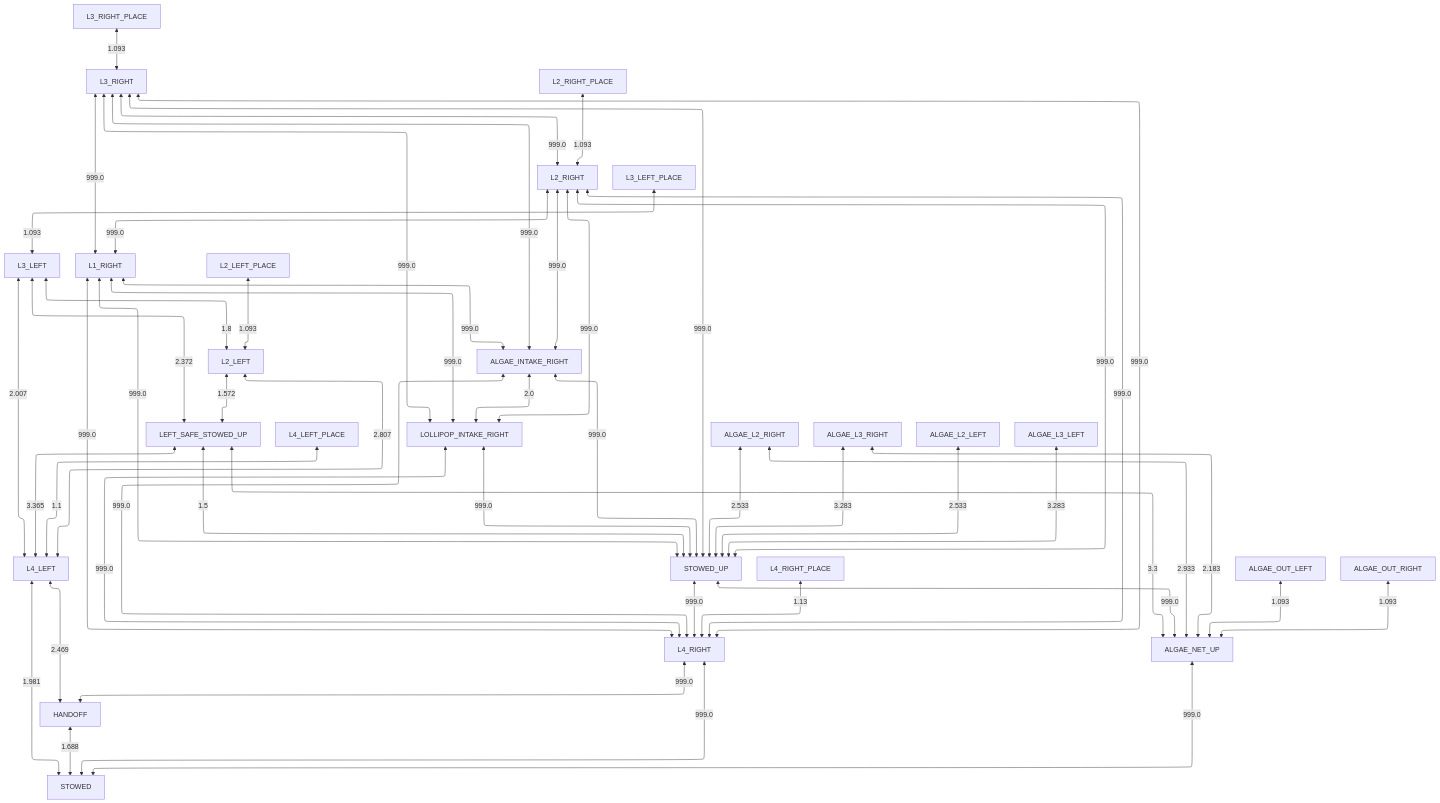
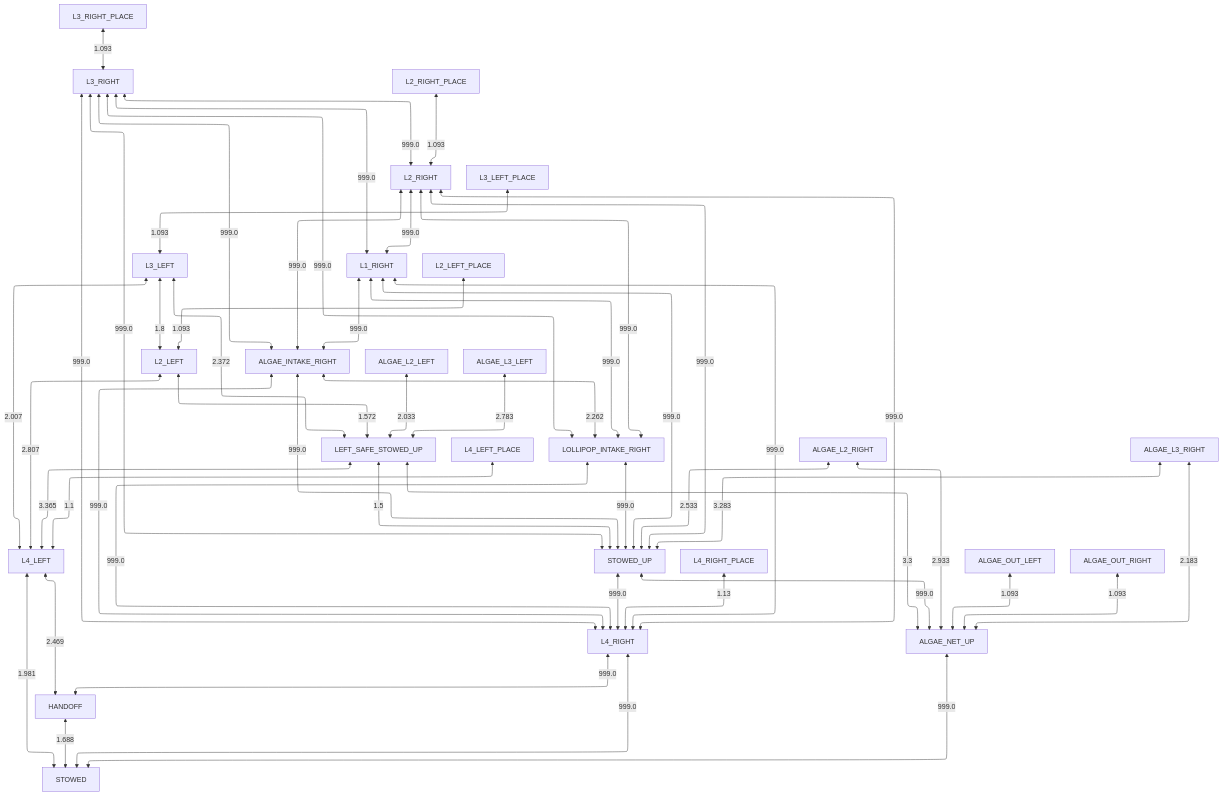
Before and after one commit to team581/offseason-2025-comp: the diagram in docs/collision_avoidance/right_obstructed.md, drawn with Mermaid. The commit also changed 2 other files, not shown here.

Commit message:
[autofix.ci] apply automated fixes

````diff
--- a/docs/collision_avoidance/right_obstructed.md
+++ b/docs/collision_avoidance/right_obstructed.md
@@ -3,55 +3,55 @@
 ```mermaid
 %%{ init: { "flowchart": { "defaultRenderer": "elk" } } }%%
 graph TD
 
 HANDOFF <-- 1.688 --> STOWED
 L4_LEFT <-- 1.981 --> STOWED
 L4_RIGHT <-- 999.0 --> STOWED
 ALGAE_NET_UP <-- 999.0 --> STOWED
 L4_LEFT <-- 2.469 --> HANDOFF
 L4_RIGHT <-- 999.0 --> HANDOFF
 LEFT_SAFE_STOWED_UP <-- 3.365 --> L4_LEFT
 L2_LEFT <-- 2.807 --> L4_LEFT
 L3_LEFT <-- 2.007 --> L4_LEFT
 L4_LEFT_PLACE <-- 1.1 --> L4_LEFT
 STOWED_UP <-- 999.0 --> L4_RIGHT
 ALGAE_INTAKE_RIGHT <-- 999.0 --> L4_RIGHT
 LOLLIPOP_INTAKE_RIGHT <-- 999.0 --> L4_RIGHT
 L1_RIGHT <-- 999.0 --> L4_RIGHT
 L2_RIGHT <-- 999.0 --> L4_RIGHT
 L3_RIGHT <-- 999.0 --> L4_RIGHT
 L4_RIGHT_PLACE <-- 1.13 --> L4_RIGHT
 LEFT_SAFE_STOWED_UP <-- 3.3 --> ALGAE_NET_UP
 STOWED_UP <-- 999.0 --> ALGAE_NET_UP
 ALGAE_OUT_LEFT <-- 1.093 --> ALGAE_NET_UP
 ALGAE_OUT_RIGHT <-- 1.093 --> ALGAE_NET_UP
 ALGAE_L2_RIGHT <-- 2.933 --> ALGAE_NET_UP
 ALGAE_L3_RIGHT <-- 2.183 --> ALGAE_NET_UP
 LEFT_SAFE_STOWED_UP <-- 1.5 --> STOWED_UP
 LOLLIPOP_INTAKE_RIGHT <-- 999.0 --> STOWED_UP
 ALGAE_INTAKE_RIGHT <-- 999.0 --> STOWED_UP
 L1_RIGHT <-- 999.0 --> STOWED_UP
 L2_RIGHT <-- 999.0 --> STOWED_UP
 L3_RIGHT <-- 999.0 --> STOWED_UP
-ALGAE_L2_LEFT <-- 2.533 --> STOWED_UP
 ALGAE_L2_RIGHT <-- 2.533 --> STOWED_UP
-ALGAE_L3_LEFT <-- 3.283 --> STOWED_UP
 ALGAE_L3_RIGHT <-- 3.283 --> STOWED_UP
 L2_LEFT <-- 1.572 --> LEFT_SAFE_STOWED_UP
 L3_LEFT <-- 2.372 --> LEFT_SAFE_STOWED_UP
-ALGAE_INTAKE_RIGHT <-- 2.0 --> LOLLIPOP_INTAKE_RIGHT
+ALGAE_L2_LEFT <-- 2.033 --> LEFT_SAFE_STOWED_UP
+ALGAE_L3_LEFT <-- 2.783 --> LEFT_SAFE_STOWED_UP
+ALGAE_INTAKE_RIGHT <-- 2.262 --> LOLLIPOP_INTAKE_RIGHT
 L1_RIGHT <-- 999.0 --> LOLLIPOP_INTAKE_RIGHT
 L2_RIGHT <-- 999.0 --> LOLLIPOP_INTAKE_RIGHT
 L3_RIGHT <-- 999.0 --> LOLLIPOP_INTAKE_RIGHT
 L1_RIGHT <-- 999.0 --> ALGAE_INTAKE_RIGHT
 L2_RIGHT <-- 999.0 --> ALGAE_INTAKE_RIGHT
 L3_RIGHT <-- 999.0 --> ALGAE_INTAKE_RIGHT
 L3_LEFT <-- 1.8 --> L2_LEFT
 L2_LEFT_PLACE <-- 1.093 --> L2_LEFT
 L3_LEFT_PLACE <-- 1.093 --> L3_LEFT
 L2_RIGHT <-- 999.0 --> L1_RIGHT
 L3_RIGHT <-- 999.0 --> L1_RIGHT
 L3_RIGHT <-- 999.0 --> L2_RIGHT
 L2_RIGHT_PLACE <-- 1.093 --> L2_RIGHT
 L3_RIGHT_PLACE <-- 1.093 --> L3_RIGHT
 ```
````
